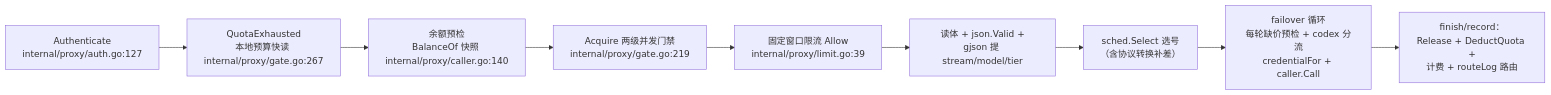
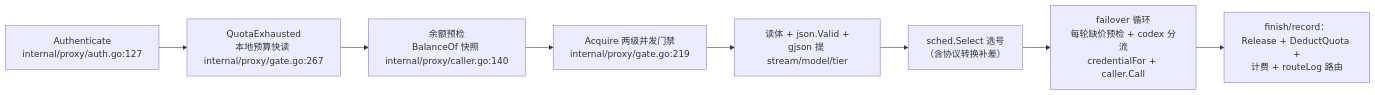
One commit to is7Qin/c3api changed the second of 3 diagrams in docs/architecture-topology.md. Above: the diagram before and after it, drawn with Mermaid. The commit also changed other lines of this file, not shown here.

First line of the commit message:
docs: remove obsolete group RPM architecture references

````diff
--- a/docs/architecture-topology.md
+++ b/docs/architecture-topology.md
@@ -112,11 +112,10 @@
 ```mermaid
 flowchart LR
     A["Authenticate<br/>internal/proxy/auth.go:127"] --> B["QuotaExhausted<br/>本地预算快读 internal/proxy/gate.go:267"]
     B --> C["余额预检<br/>BalanceOf 快照 internal/proxy/caller.go:140"]
     C --> D["Acquire 两级并发门禁<br/>internal/proxy/gate.go:219"]
-    D --> E["固定窗口限流 Allow<br/>internal/proxy/limit.go:39"]
-    E --> F["读体 + json.Valid +<br/>gjson 提 stream/model/tier"]
+    D --> F["读体 + json.Valid +<br/>gjson 提 stream/model/tier"]
     F --> G["sched.Select 选号<br/>（含协议转换补差）"]
     G --> H["failover 循环<br/>每轮缺价预检 + codex 分流<br/>credentialFor + caller.Call"]
     H --> I["finish/record：<br/>Release + DeductQuota +<br/>计费 + routeLog 路由"]
 ```
````
